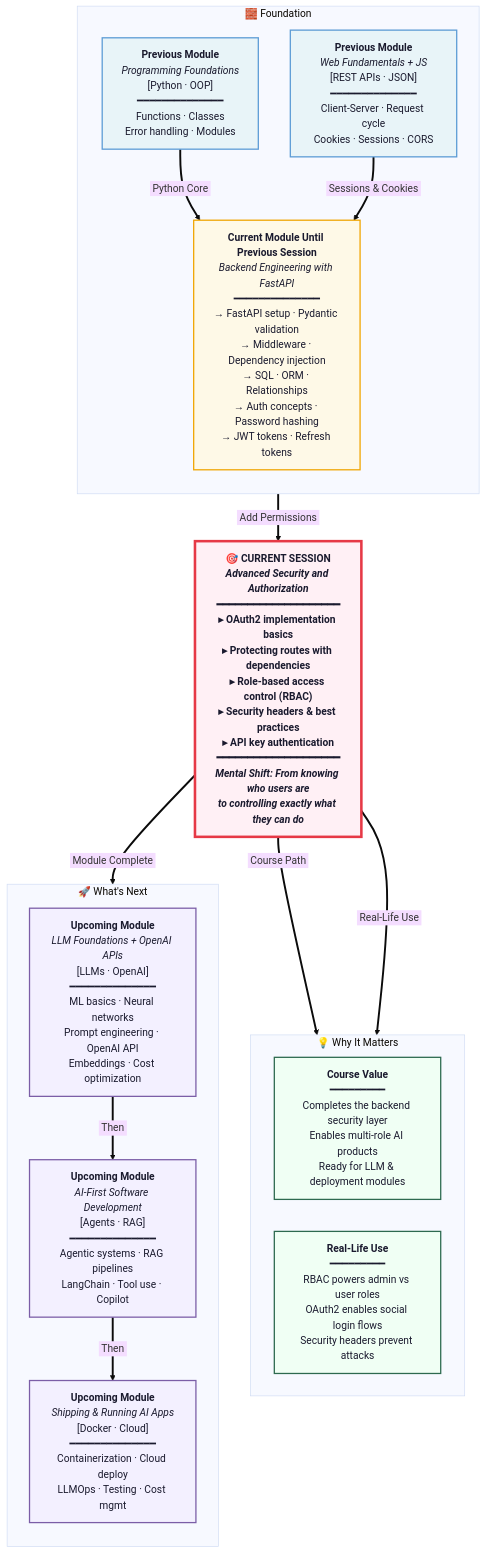
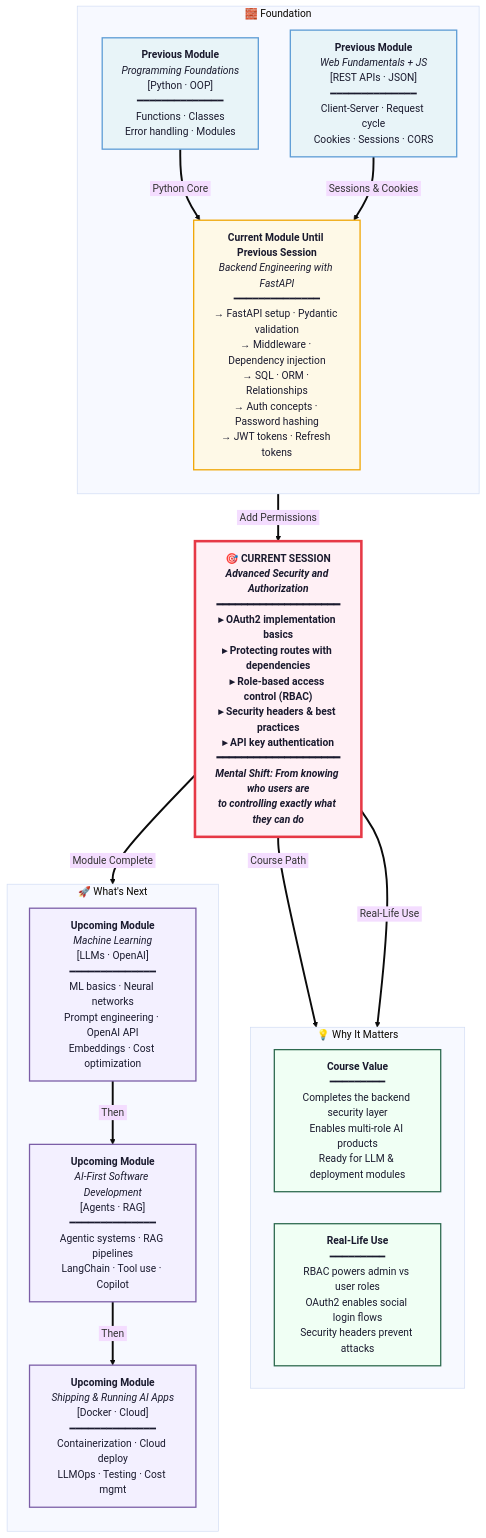
One commit to ayaznoori/IITP-SDAI changed the diagram in mindmap -eict/Advanced Security and Authorization.md. Above: the diagram before and after it, drawn with Mermaid (base theme).

Commit message:
Update upcoming module description in mindmap

````diff
--- a/mindmap -eict/Advanced Security and Authorization.md
+++ b/mindmap -eict/Advanced Security and Authorization.md
@@ -3,46 +3,46 @@
 ```mermaid
 flowchart TB
     classDef prevModule fill:#e8f4f8,stroke:#5b9bd5,stroke-width:2px,color:#1a1a2e
     classDef currentModulePrev fill:#fef9e7,stroke:#f0a500,stroke-width:2px,color:#1a1a2e
     classDef currentSession fill:#fff0f5,stroke:#e63946,stroke-width:4px,color:#1a1a2e,font-weight:bold
     classDef valueBox fill:#f0fff4,stroke:#2d6a4f,stroke-width:2px,color:#1a1a2e
     classDef futureModule fill:#f3f0ff,stroke:#7b5ea7,stroke-width:2px,color:#1a1a2e
 
     subgraph FOUNDATION["🧱 Foundation"]
         direction TB
         PM1["<b>Previous Module</b><br/><i>Programming Foundations</i><br/>[Python · OOP]<br/>━━━━━━━━━━━━━━<br/>Functions · Classes<br/>Error handling · Modules"]
         PM2["<b>Previous Module</b><br/><i>Web Fundamentals + JS</i><br/>[REST APIs · JSON]<br/>━━━━━━━━━━━━━━<br/>Client-Server · Request cycle<br/>Cookies · Sessions · CORS"]
         CM_PREV["<b>Current Module Until Previous Session</b><br/><i>Backend Engineering with FastAPI</i><br/>━━━━━━━━━━━━━━<br/>→ FastAPI setup · Pydantic validation<br/>→ Middleware · Dependency injection<br/>→ SQL · ORM · Relationships<br/>→ Auth concepts · Password hashing<br/>→ JWT tokens · Refresh tokens"]
     end
 
     CS["🎯 <b>CURRENT SESSION</b><br/><i>Advanced Security and Authorization</i><br/>━━━━━━━━━━━━━━━━━━━━<br/>▸ OAuth2 implementation basics<br/>▸ Protecting routes with dependencies<br/>▸ Role-based access control (RBAC)<br/>▸ Security headers & best practices<br/>▸ API key authentication<br/>━━━━━━━━━━━━━━━━━━━━<br/><i>Mental Shift: From knowing who users are<br/>to controlling exactly what they can do</i>"]
 
     subgraph VALUE["💡 Why It Matters"]
         direction LR
         CV["<b>Course Value</b><br/>━━━━━━━━━<br/>Completes the backend security layer<br/>Enables multi-role AI products<br/>Ready for LLM & deployment modules"]
         RV["<b>Real-Life Use</b><br/>━━━━━━━━━<br/>RBAC powers admin vs user roles<br/>OAuth2 enables social login flows<br/>Security headers prevent attacks"]
     end
 
     subgraph FUTURE["🚀 What's Next"]
         direction TB
-        FM1["<b>Upcoming Module</b><br/><i>LLM Foundations + OpenAI APIs</i><br/>[LLMs · OpenAI]<br/>━━━━━━━━━━━━━━<br/>ML basics · Neural networks<br/>Prompt engineering · OpenAI API<br/>Embeddings · Cost optimization"]
+        FM1["<b>Upcoming Module</b><br/><i>Machine Learning</i><br/>[LLMs · OpenAI]<br/>━━━━━━━━━━━━━━<br/>ML basics · Neural networks<br/>Prompt engineering · OpenAI API<br/>Embeddings · Cost optimization"]
         FM2["<b>Upcoming Module</b><br/><i>AI-First Software Development</i><br/>[Agents · RAG]<br/>━━━━━━━━━━━━━━<br/>Agentic systems · RAG pipelines<br/>LangChain · Tool use · Copilot"]
         FM3["<b>Upcoming Module</b><br/><i>Shipping & Running AI Apps</i><br/>[Docker · Cloud]<br/>━━━━━━━━━━━━━━<br/>Containerization · Cloud deploy<br/>LLMOps · Testing · Cost mgmt"]
     end
 
     PM1 ==>|"&nbsp;Python Core&nbsp;"| CM_PREV
     PM2 ==>|"&nbsp;Sessions & Cookies&nbsp;"| CM_PREV
     CM_PREV ==>|"&nbsp;Add Permissions&nbsp;"| CS
     CS ==>|"&nbsp;Course Path&nbsp;"| CV
     CS ==>|"&nbsp;Real-Life Use&nbsp;"| RV
     CS ==>|"&nbsp;Module Complete&nbsp;"| FM1
     FM1 ==>|"&nbsp;Then&nbsp;"| FM2
     FM2 ==>|"&nbsp;Then&nbsp;"| FM3
 
     class PM1,PM2 prevModule
     class CM_PREV currentModulePrev
     class CS currentSession
     class CV,RV valueBox
     class FM1,FM2,FM3 futureModule
     linkStyle default stroke-width:3px
 ```
````
